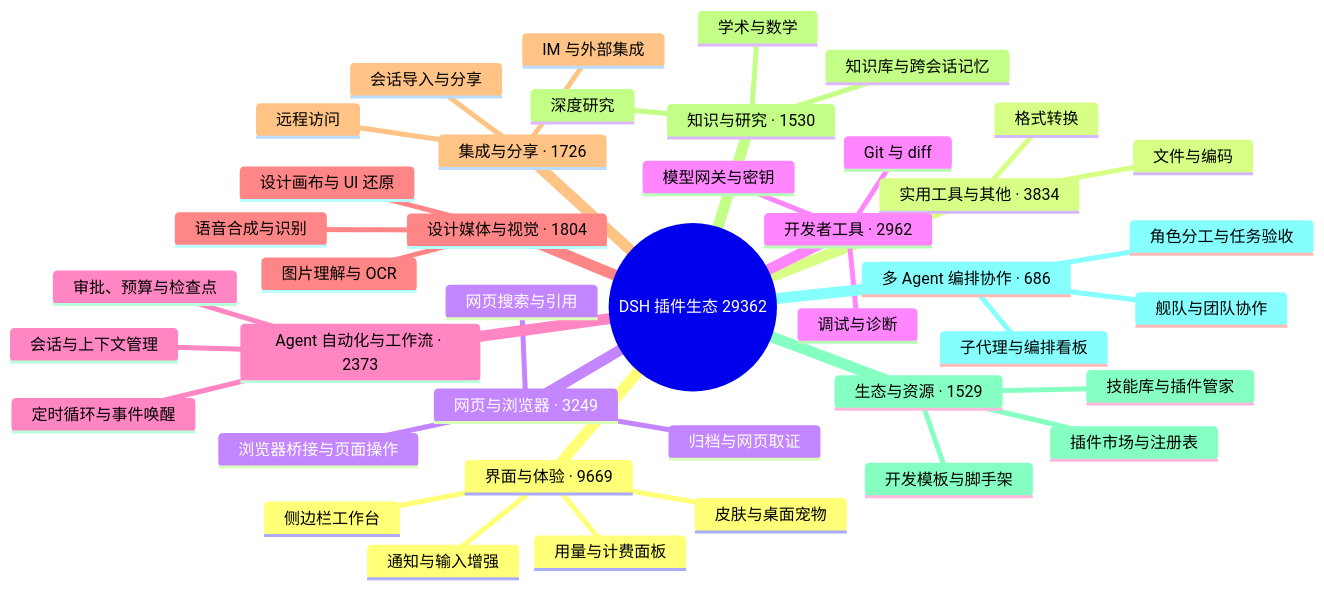
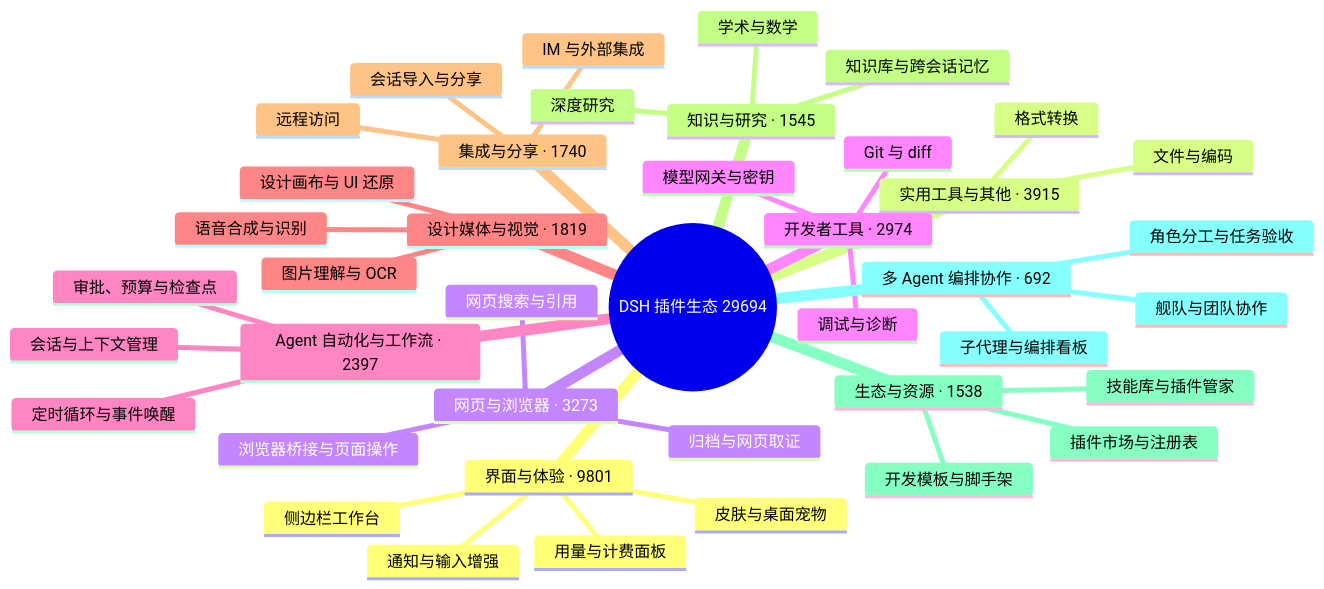
One commit to bruc3van/awesome-dsh-plugin changed the diagram in README.md. Above: the diagram before and after it, drawn with Mermaid. The commit also changed other lines of this file and 30 other files, not shown here.

````diff
--- a/README.md
+++ b/README.md
@@ -40,44 +40,44 @@
 ```mermaid
 mindmap
-  root((DSH 插件生态 29362))
-    界面与体验 · 9669
+  root((DSH 插件生态 29694))
+    界面与体验 · 9801
       用量与计费面板
       侧边栏工作台
       皮肤与桌面宠物
       通知与输入增强
-    实用工具与其他 · 3834
+    实用工具与其他 · 3915
       文件与编码
       格式转换
-    网页与浏览器 · 3249
+    网页与浏览器 · 3273
       浏览器桥接与页面操作
       网页搜索与引用
       归档与网页取证
-    开发者工具 · 2962
+    开发者工具 · 2974
       Git 与 diff
       模型网关与密钥
       调试与诊断
-    Agent 自动化与工作流 · 2373
+    Agent 自动化与工作流 · 2397
       会话与上下文管理
       定时循环与事件唤醒
       审批、预算与检查点
-    设计媒体与视觉 · 1804
+    设计媒体与视觉 · 1819
       图片理解与 OCR
       设计画布与 UI 还原
       语音合成与识别
-    集成与分享 · 1726
+    集成与分享 · 1740
       会话导入与分享
       远程访问
       IM 与外部集成
-    知识与研究 · 1530
+    知识与研究 · 1545
       知识库与跨会话记忆
       深度研究
       学术与数学
-    生态与资源 · 1529
+    生态与资源 · 1538
       插件市场与注册表
       技能库与插件管家
       开发模板与脚手架
-    多 Agent 编排协作 · 686
+    多 Agent 编排协作 · 692
       子代理与编排看板
       舰队与团队协作
       角色分工与任务验收
 ```
````
